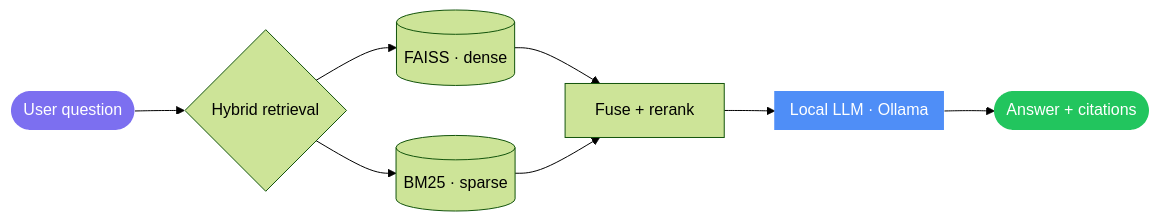
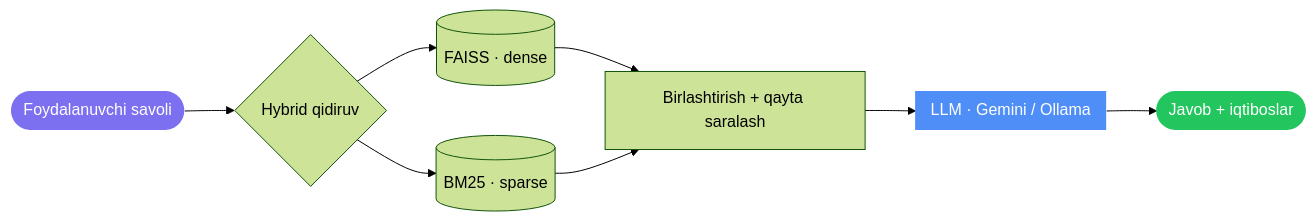
Before and after one commit to hamydullodev/project: the diagram in hybrid_rag/README.md, drawn with Mermaid (forest theme). The commit also changed other lines of this file and 94 other files, not shown here.

First line of the commit message:
feat(hybrid_rag): multi-collection corpus, Gemini support, document analysis

````diff
--- a/hybrid_rag/README.md
+++ b/hybrid_rag/README.md
@@ -65,14 +82,14 @@
 ```mermaid
 flowchart LR
-    A([User question]) --> B{Hybrid retrieval}
+    A([Foydalanuvchi savoli]) --> B{Hybrid qidiruv}
     B --> D1[("FAISS · dense")]
     B --> D2[("BM25 · sparse")]
-    D1 --> E[Fuse + rerank]
+    D1 --> E[Birlashtirish + qayta saralash]
     D2 --> E
-    E --> F[["Local LLM · Ollama"]]
-    F --> G([Answer + citations])
+    E --> F[["LLM · Gemini / Ollama"]]
+    F --> G([Javob + iqtiboslar])
 
     style A fill:#7c6ff0,color:#fff,stroke:none
     style G fill:#22c55e,color:#fff,stroke:none
     style F fill:#4f8ef7,color:#fff,stroke:none
 ```
````
